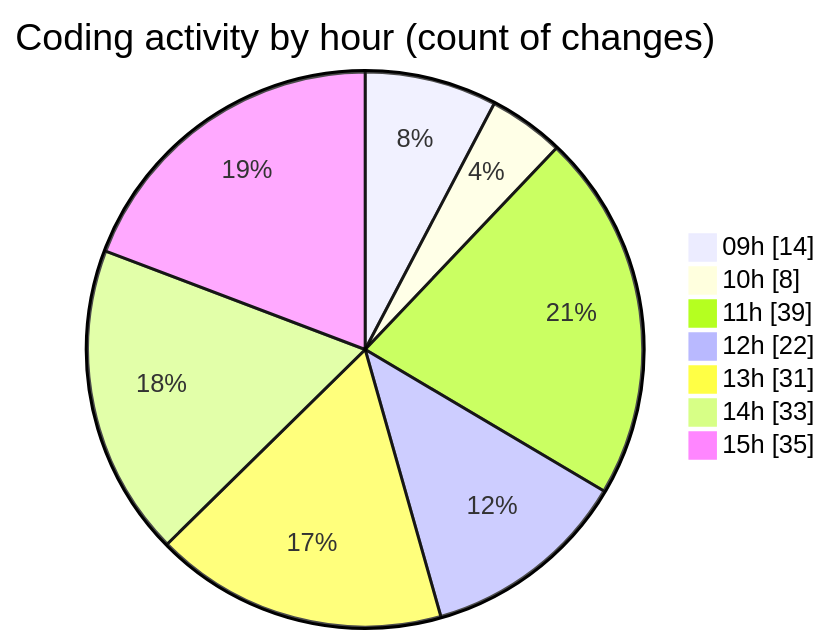
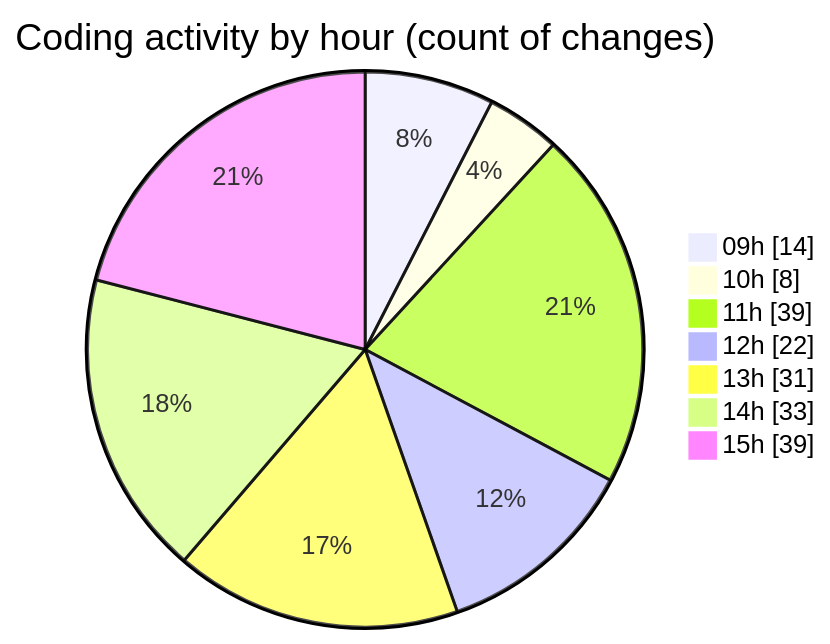
One commit to momahboobian/code-tracking changed the second of 2 diagrams in 2025-02-07/cda/README.md. Above: the diagram before and after it, drawn with Mermaid. The commit also changed other lines of this file and 1 other file, not shown here.

````diff
--- a/2025-02-07/cda/README.md
+++ b/2025-02-07/cda/README.md
@@ -66,11 +66,11 @@
 ```mermaid
 pie showData
 title Coding activity by hour (count of changes)
 "09h" : 14
 "10h" : 8
 "11h" : 39
 "12h" : 22
 "13h" : 31
 "14h" : 33
-"15h" : 35
+"15h" : 39
 ```
````
